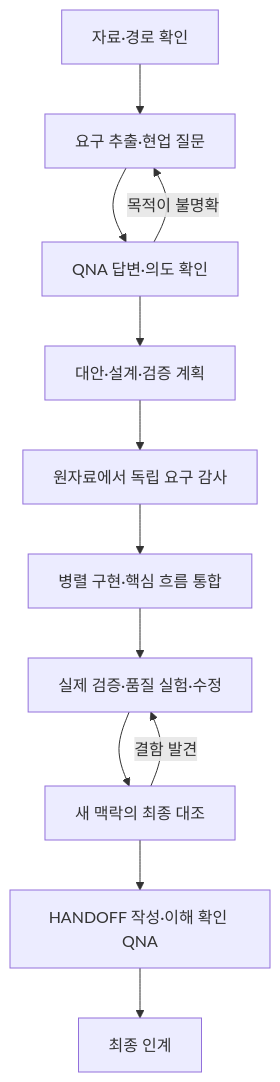
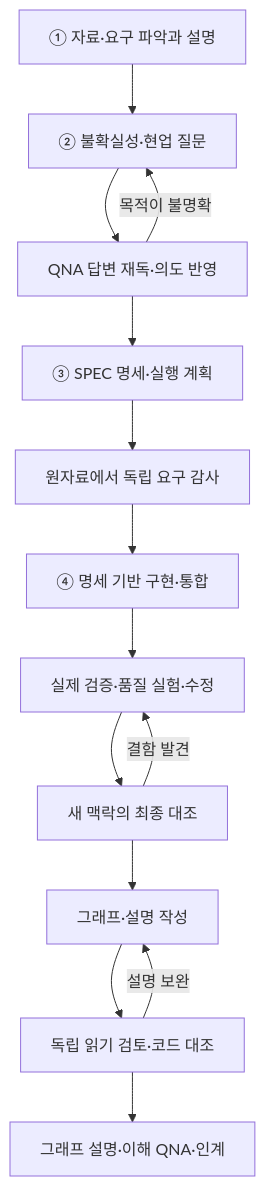
The diagram in README.md (yunkio/project-orchestrator), drawn with Mermaid before and after one commit. The commit also changed other lines of this file and 13 other files, not shown here.

````diff
--- a/README.md
+++ b/README.md
@@ -46,14 +50,16 @@
 ```mermaid
 flowchart TD
-    A[자료·경로 확인] --> B[요구 추출·현업 질문]
-    B --> C[QNA 답변·의도 확인]
-    C --> D[대안·설계·검증 계획]
+    A[① 자료·요구 파악과 설명] --> B[② 불확실성·현업 질문]
+    B --> C[QNA 답변 재독·의도 반영]
+    C --> D[③ SPEC 명세·실행 계획]
     D --> E[원자료에서 독립 요구 감사]
-    E --> F[병렬 구현·핵심 흐름 통합]
+    E --> F[④ 명세 기반 구현·통합]
     F --> G[실제 검증·품질 실험·수정]
     G --> H[새 맥락의 최종 대조]
-    H --> I[HANDOFF 작성·이해 확인 QNA]
-    I --> J[최종 인계]
+    H --> I[그래프·설명 작성]
+    I --> K[독립 읽기 검토·코드 대조]
+    K --> J[그래프 설명·이해 QNA·인계]
+    K -->|설명 보완| I
     H -->|결함 발견| G
     C -->|목적이 불명확| B
 ```
````
